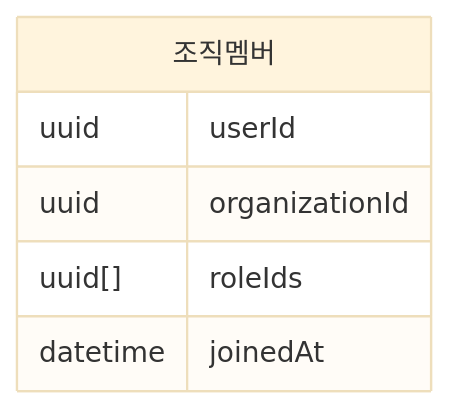
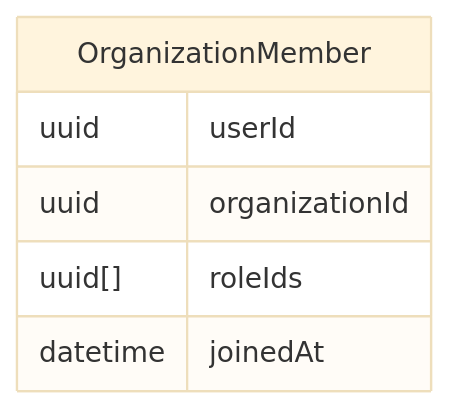
The fifth of 7 diagrams in i18n/ko/docusaurus-plugin-content-docs/current/use-cases/multi-tenancy/build-multi-tenant-saas-application.mdx (logto-io/docs), drawn with Mermaid (base theme) before and after one commit. The commit also changed other lines of this file and 666 other files, not shown here.

````diff
--- a/i18n/ko/docusaurus-plugin-content-docs/current/use-cases/multi-tenancy/build-multi-tenant-saas-application.mdx
+++ b/i18n/ko/docusaurus-plugin-content-docs/current/use-cases/multi-tenancy/build-multi-tenant-saas-application.mdx
@@ -281,10 +281,10 @@
 ```mermaid
 erDiagram
-    조직멤버 {
+    OrganizationMember {
         uuid userId
         uuid organizationId
         uuid[] roleIds
         datetime joinedAt
     }
 
 ```
````
